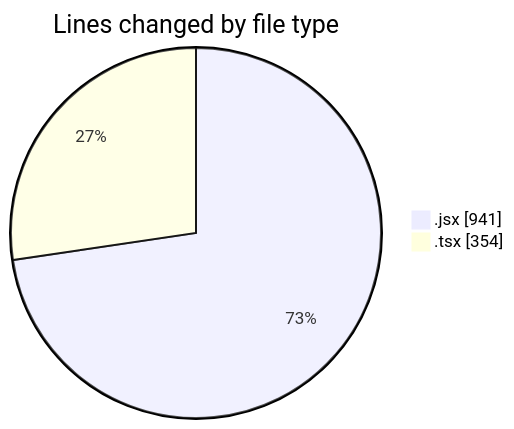
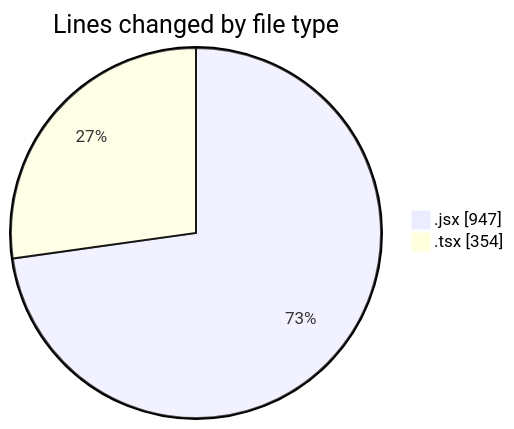
The first of 2 diagrams in 2026-02-16/cda/README.md (momahboobian/code-tracking), drawn with Mermaid before and after one commit. The commit also changed other lines of this file and 1 other file, not shown here.

````diff
--- a/2026-02-16/cda/README.md
+++ b/2026-02-16/cda/README.md
@@ -25,6 +25,6 @@
 ```mermaid
 pie showData
 title Lines changed by file type
-".jsx" : 941
+".jsx" : 947
 ".tsx" : 354
 ```
````
